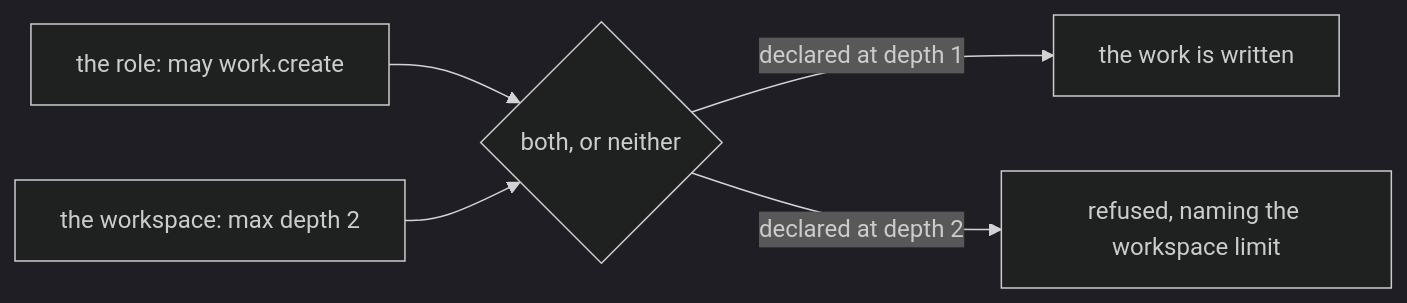
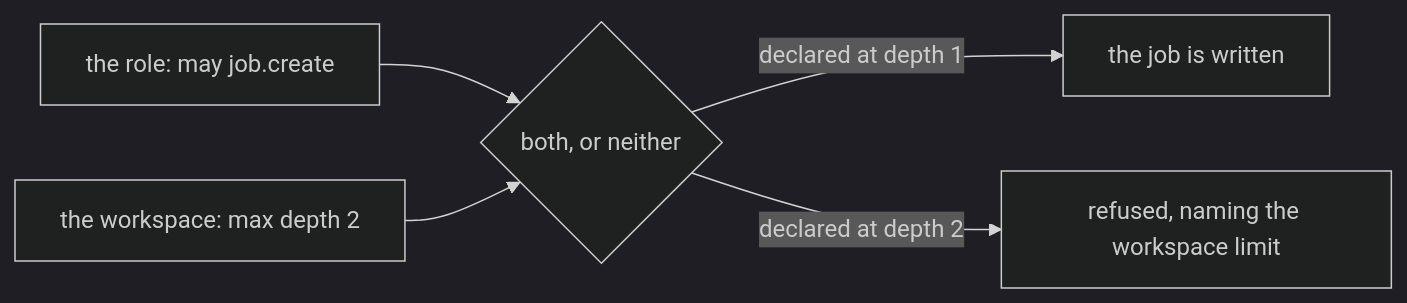
One commit to atlantic-blue/quay-crew changed the second of 3 diagrams in docs/ROLES.md. Above: the diagram before and after it, drawn with Mermaid (dark theme). The commit also changed other lines of this file and 222 other files, not shown here.

Commit message:
refactor: declared intent is a job, not work

````diff
--- a/docs/ROLES.md
+++ b/docs/ROLES.md
@@ -166,7 +166,7 @@
 ```mermaid
 flowchart LR
-    ROLE["the role: may work.create"] --> AND{"both, or neither"}
+    ROLE["the role: may job.create"] --> AND{"both, or neither"}
     LIMITS["the workspace: max depth 2"] --> AND
-    AND -->|"declared at depth 1"| YES["the work is written"]
+    AND -->|"declared at depth 1"| YES["the job is written"]
     AND -->|"declared at depth 2"| NO["refused, naming the workspace limit"]
 ```
````
